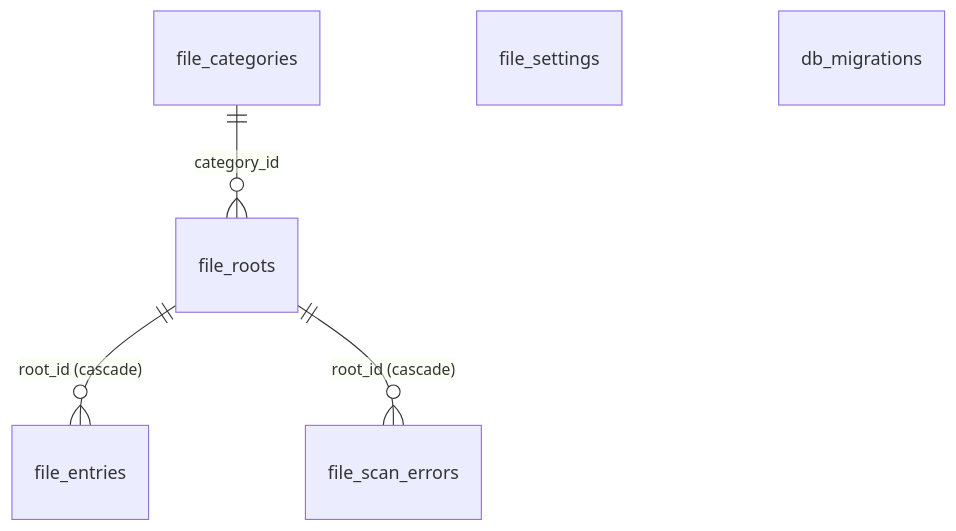
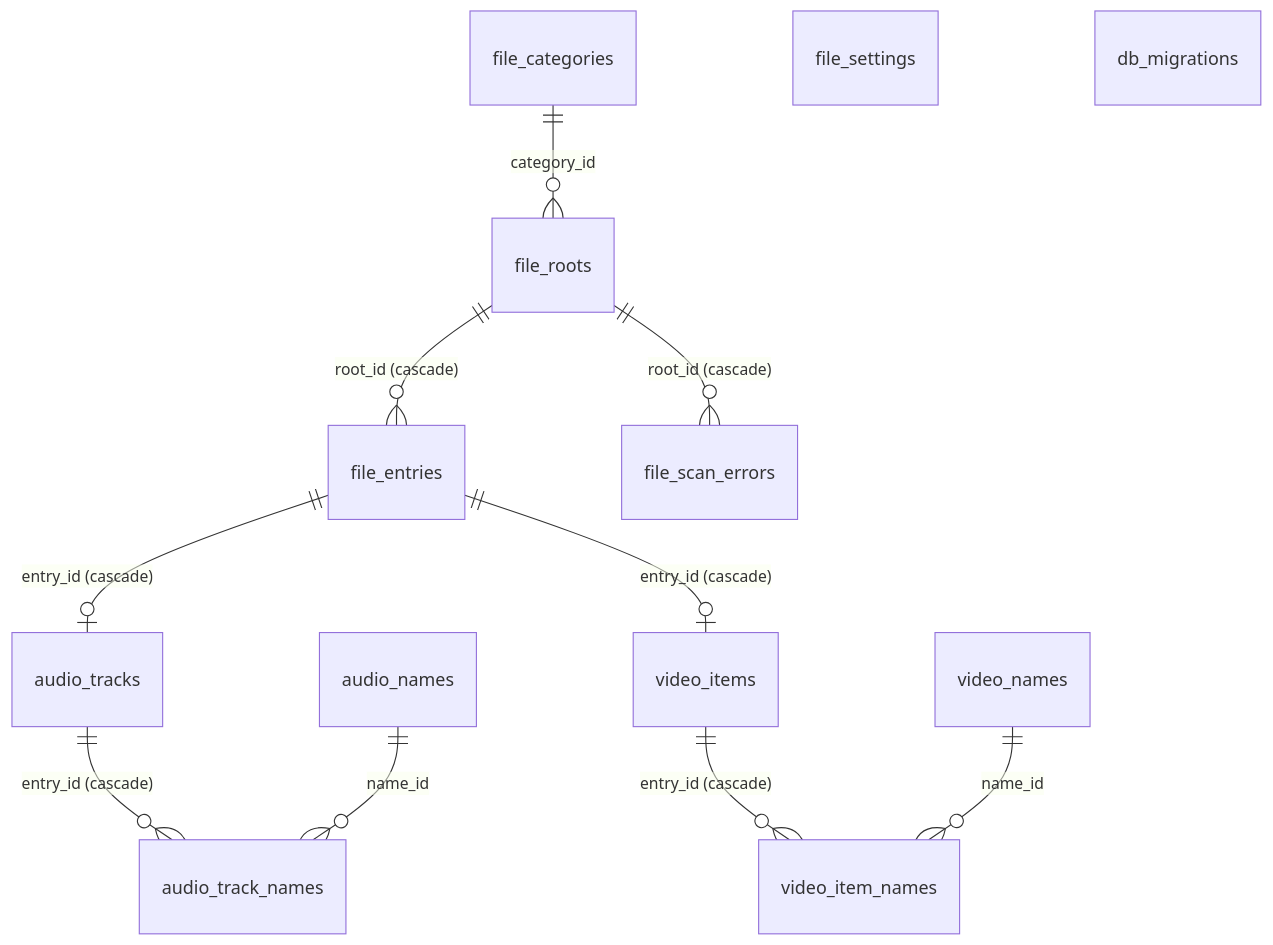
Before and after one commit to abhinavp06/hoardor: the diagram in DOCUMENTATION/application/DATABASE.md, drawn with Mermaid. The commit also changed other lines of this file and 33 other files, not shown here.

First line of the commit message:
Media library v1, phases 2-4: audio and video engines, generic queries, metadata after sync

````diff
--- a/DOCUMENTATION/application/DATABASE.md
+++ b/DOCUMENTATION/application/DATABASE.md
@@ -37,8 +37,14 @@
 ```mermaid
 erDiagram
     file_categories ||--o{ file_roots : "category_id"
     file_roots ||--o{ file_entries : "root_id (cascade)"
     file_roots ||--o{ file_scan_errors : "root_id (cascade)"
+    file_entries ||--o| audio_tracks : "entry_id (cascade)"
+    audio_tracks ||--o{ audio_track_names : "entry_id (cascade)"
+    audio_names ||--o{ audio_track_names : "name_id"
+    file_entries ||--o| video_items : "entry_id (cascade)"
+    video_items ||--o{ video_item_names : "entry_id (cascade)"
+    video_names ||--o{ video_item_names : "name_id"
     file_settings
     db_migrations
 ```
````
